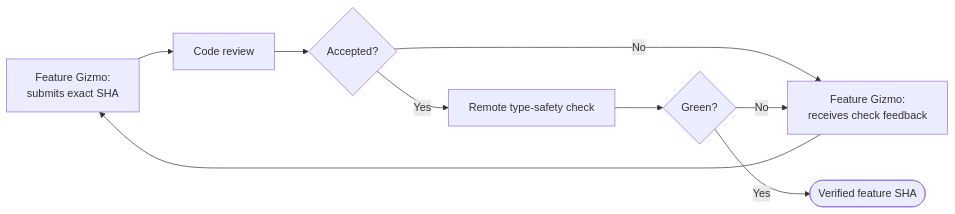
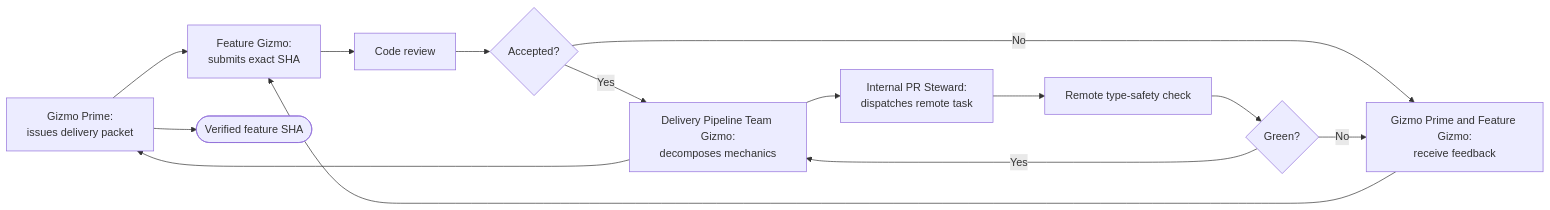
One commit to meta-secret/nook changed the fifth of 12 diagrams in .cortex/gizmo/architecture/multiagent-delivery-diagrams.md. Above: the diagram before and after it, drawn with Mermaid. The commit also changed other lines of this file and 14 other files, not shown here.

Commit message:
docs: formalize delivery pipeline routing

````diff
--- a/.cortex/gizmo/architecture/multiagent-delivery-diagrams.md
+++ b/.cortex/gizmo/architecture/multiagent-delivery-diagrams.md
@@ -117,16 +181,19 @@
 ```mermaid
 flowchart LR
+    Prime["Gizmo Prime:<br/>issues delivery packet"]
     Gizmo["Feature Gizmo:<br/>submits exact SHA"]
     Review["Code review"]
     Accepted{"Accepted?"}
     TypeSafety["Remote type-safety check"]
     Green{"Green?"}
-    Feedback["Feature Gizmo:<br/>receives check feedback"]
+    Pipeline["Delivery Pipeline Team Gizmo:<br/>decomposes mechanics"]
+    Steward["Internal PR Steward:<br/>dispatches remote task"]
+    Feedback["Gizmo Prime and Feature Gizmo:<br/>receive feedback"]
     Ready([Verified feature SHA])
 
-    Gizmo --> Review --> Accepted
+    Prime --> Gizmo --> Review --> Accepted
     Accepted -- No --> Feedback --> Gizmo
-    Accepted -- Yes --> TypeSafety --> Green
+    Accepted -- Yes --> Pipeline --> Steward --> TypeSafety --> Green
     Green -- No --> Feedback
-    Green -- Yes --> Ready
+    Green -- Yes --> Pipeline --> Prime --> Ready
 ```
````
